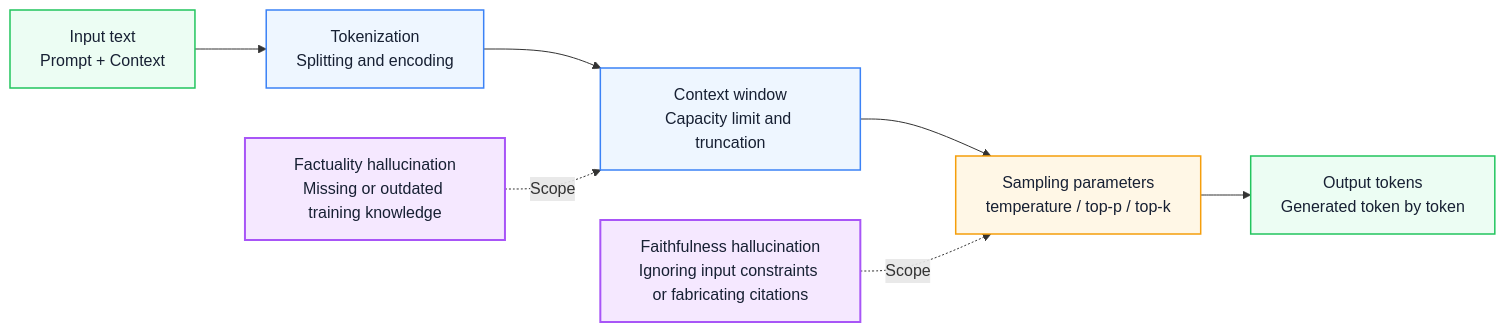
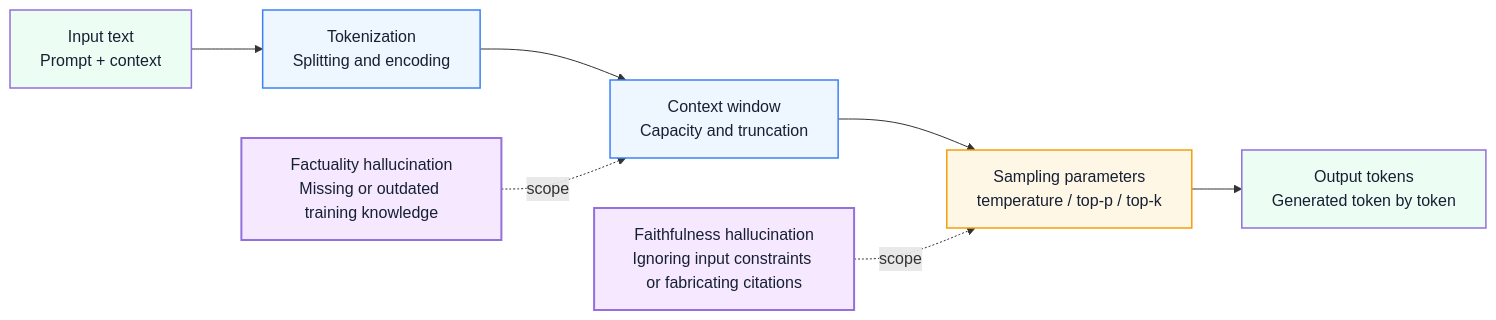
The second of 5 diagrams in docs/en/ai/ai-agent-tech-understanding.md (Fatejian/frontier-vault), drawn with Mermaid before and after one commit. The commit also changed other lines of this file and 41 other files, not shown here.

First line of the commit message:
docs: align knowledge base with article style v3.2.0

````diff
--- a/docs/en/ai/ai-agent-tech-understanding.md
+++ b/docs/en/ai/ai-agent-tech-understanding.md
@@ -93,28 +137,27 @@
 ```mermaid
-%%{init: {'theme': 'base', 'themeVariables': { 'fontFamily': 'Inter, PingFang SC, Microsoft YaHei, sans-serif', 'primaryColor': '#F8FAFC', 'primaryTextColor': '#172033', 'primaryBorderColor': '#CBD5E1', 'lineColor': '#64748B, 'fontSize': '13px'}}}%%
 flowchart LR
-    Input["Input text<br/>Prompt + Context"]
+    Input["Input text<br/>Prompt + context"]
     Token["Tokenization<br/>Splitting and encoding"]
-    Context["Context window<br/>Capacity limit and truncation"]
+    Context["Context window<br/>Capacity and truncation"]
     Sampling["Sampling parameters<br/>temperature / top-p / top-k"]
     Output["Output tokens<br/>Generated token by token"]
 
     Input --> Token
     Token --> Context
     Context --> Sampling
     Sampling --> Output
 
-    Halluc1["Factuality hallucination<br/>Missing or outdated training knowledge"] -. Scope .-> Context
-    Halluc2["Faithfulness hallucination<br/>Ignoring input constraints or fabricating citations"] -. Scope .-> Sampling
+    Halluc1["Factuality hallucination<br/>Missing or outdated training knowledge"] -. scope .-> Context
+    Halluc2["Faithfulness hallucination<br/>Ignoring input constraints or fabricating citations"] -. scope .-> Sampling
 
     classDef core fill:#172033,color:#fff,stroke:#172033,stroke-width:2px;
     classDef wait fill:#EEF6FF,stroke:#3B82F6,color:#172033,stroke-width:1.5px;
     classDef block fill:#FFF7E6,stroke:#F59E0B,color:#172033,stroke-width:1.5px;
-    classDef work fill:#ECFDF3,stroke:#22C55E,color:#172033,stroke-width:1.5px;
-    classDef metric fill:#F5E8FF,stroke:#A855F7,color:#172033,stroke-width:2px;
+    classDef work fill:#ECFDF3,color:#22C55E,color:#172033,stroke-width:1.5px;
+    classDef metric fill:#F5E8FF,color:#A855F7,color:#172033,stroke-width:2px;
 
     class Input,Output work;
     class Token,Context wait;
     class Sampling block;
     class Halluc1,Halluc2 metric;
 ```
````
